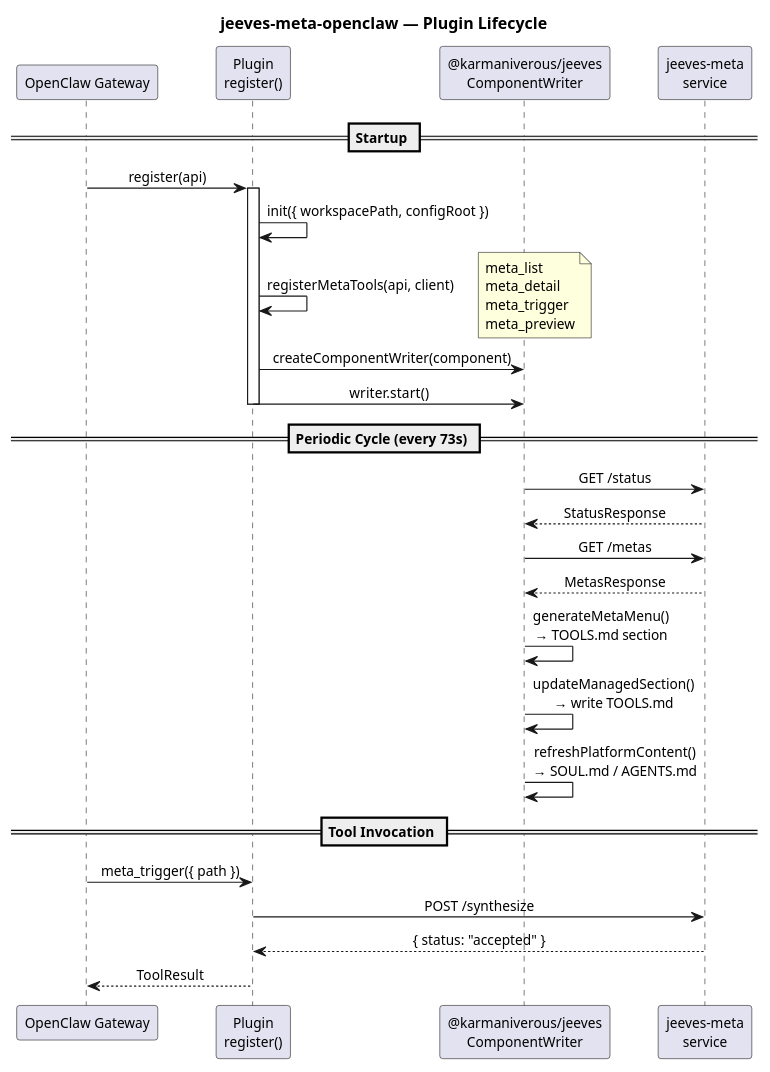
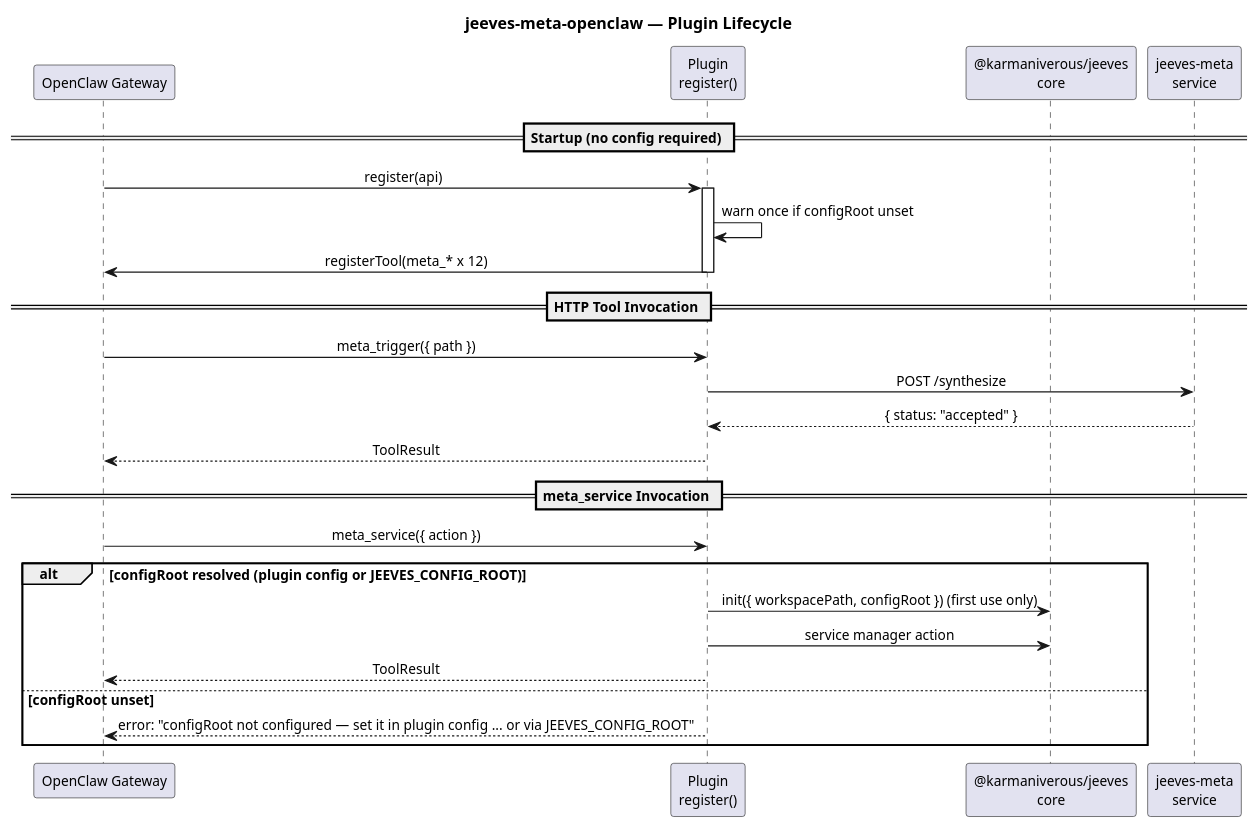
Before and after one commit to karmaniverous/jeeves-meta: the diagram in packages/openclaw/diagrams/plugin-lifecycle.puml, drawn with PlantUML. The commit also changed 26 other files, not shown here.

First line of the commit message:
feat(openclaw)!: standard OpenClaw plugin on jeeves core 0.6.0 with lazy configRoot

```diff
--- a/packages/openclaw/diagrams/plugin-lifecycle.puml
+++ b/packages/openclaw/diagrams/plugin-lifecycle.puml
@@ -1,48 +1,40 @@
 @startuml plugin-lifecycle
 
 skinparam backgroundColor #FFFFFF
 skinparam sequenceMessageAlign center
 skinparam defaultFontSize 12
 
 title jeeves-meta-openclaw — Plugin Lifecycle
 
 participant "OpenClaw Gateway" as GW
 participant "Plugin\nregister()" as Plugin
-participant "@karmaniverous/jeeves\nComponentWriter" as Core
+participant "@karmaniverous/jeeves\ncore" as Core
 participant "jeeves-meta\nservice" as Service
 
-== Startup ==
+== Startup (no config required) ==
 
 GW -> Plugin: register(api)
 activate Plugin
-
-Plugin -> Plugin: init({ workspacePath, configRoot })
-Plugin -> Plugin: registerMetaTools(api, client)
-note right: meta_list\nmeta_detail\nmeta_trigger\nmeta_preview
-
-Plugin -> Core: createComponentWriter(component)
-Plugin -> Core: writer.start()
+Plugin -> Plugin: warn once if configRoot unset
+Plugin -> GW: registerTool(meta_* x 12)
 deactivate Plugin
 
-== Periodic Cycle (every 73s) ==
-
-Core -> Service: GET /status
-Service --> Core: StatusResponse
-
-Core -> Service: GET /metas
-Service --> Core: MetasResponse
-
-Core -> Core: generateMetaMenu()\n→ TOOLS.md section
-
-Core -> Core: updateManagedSection()\n→ write TOOLS.md
-
-Core -> Core: refreshPlatformContent()\n→ SOUL.md / AGENTS.md
-
-== Tool Invocation ==
+== HTTP Tool Invocation ==
 
 GW -> Plugin: meta_trigger({ path })
 Plugin -> Service: POST /synthesize
 Service --> Plugin: { status: "accepted" }
 Plugin --> GW: ToolResult
 
+== meta_service Invocation ==
+
+GW -> Plugin: meta_service({ action })
+alt configRoot resolved (plugin config or JEEVES_CONFIG_ROOT)
+  Plugin -> Core: init({ workspacePath, configRoot }) (first use only)
+  Plugin -> Core: service manager action
+  Plugin --> GW: ToolResult
+else configRoot unset
+  Plugin --> GW: error: "configRoot not configured — set it in plugin config ... or via JEEVES_CONFIG_ROOT"
+end
+
 @enduml
```
